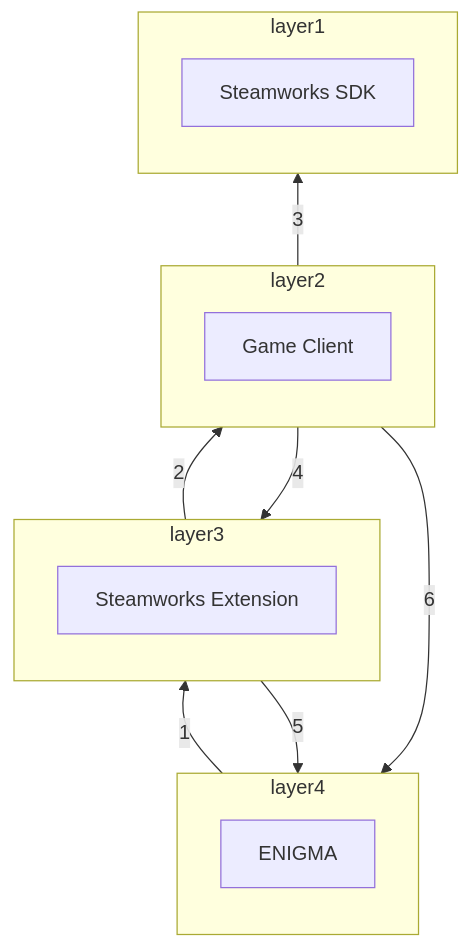
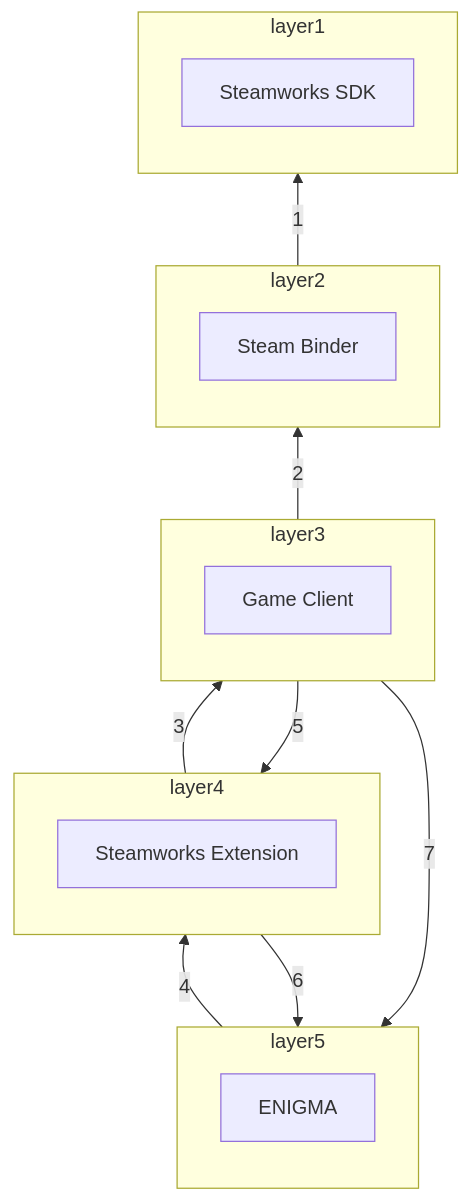
The first of 2 diagrams in ENIGMAsystem/SHELL/Universal_System/Extensions/Steamworks/README.md (enigma-dev/enigma-dev), drawn with Mermaid before and after one commit. The commit also changed other lines of this file and 4 other files, not shown here.

````diff
--- a/ENIGMAsystem/SHELL/Universal_System/Extensions/Steamworks/README.md
+++ b/ENIGMAsystem/SHELL/Universal_System/Extensions/Steamworks/README.md
@@ -57,46 +79,54 @@
 ```mermaid
 flowchart BT
    subgraph layer1
       A[Steamworks SDK]
    end
 
    subgraph layer2
-      B[Game Client]
+      B[Steam Binder]
    end
 
    subgraph layer3
-      C[Steamworks Extension]
+      C[Game Client]
    end
 
    subgraph layer4
-      D[ENIGMA]
+      D[Steamworks Extension]
    end
+
+   subgraph layer5
+      E[ENIGMA]
+   end
+
+   %% This is the normal dependency of Steam Binder
+   %% on Steamworks SDK.
+   layer2 --> |1| layer1
+
+   %% This is the normal dependency of Game Client
+   %% on Steam Binder.
+   layer3 --> |2| layer2
+
+   %% This is the normal dependency of Steamworks
+   %% extension on Game Client.
+   layer4 --> |3| layer3
 
    %% This is the normal dependency of ENIGMA on the
    %% Steamworks extension.
-   layer4 --> |1| layer3
-
-   %% This is the normal dependency of Steamworks
-   %% extension on Game Client.
-   layer3 --> |2| layer2
-
-   %% This is the normal dependency of Game Client
-   %% on Steamworks SDK.
-   layer2 --> |3| layer1
+   layer5 --> |4| layer4
 
    %% Game Client can depend on the Steamworks extension
    %% for calling functions that sends data to the
    %% Async system.
-   layer2 --> |4| layer3
+   layer3 --> |5| layer4
 
    %% Steamworks extension can depend on the ENIGMA
    %% for sending data to Async system.
-   layer3 --> |5| layer4
+   layer4 --> |6| layer5
 
    %% This is the only allowed abnormal dependency of  
    %% Game Client on ENIGMA. This is for sending
    %% debug messages from Game Client layer to the
    %% console.
-   layer2 --> |6| layer4
+   layer3 --> |7| layer5
 
 ```
````
